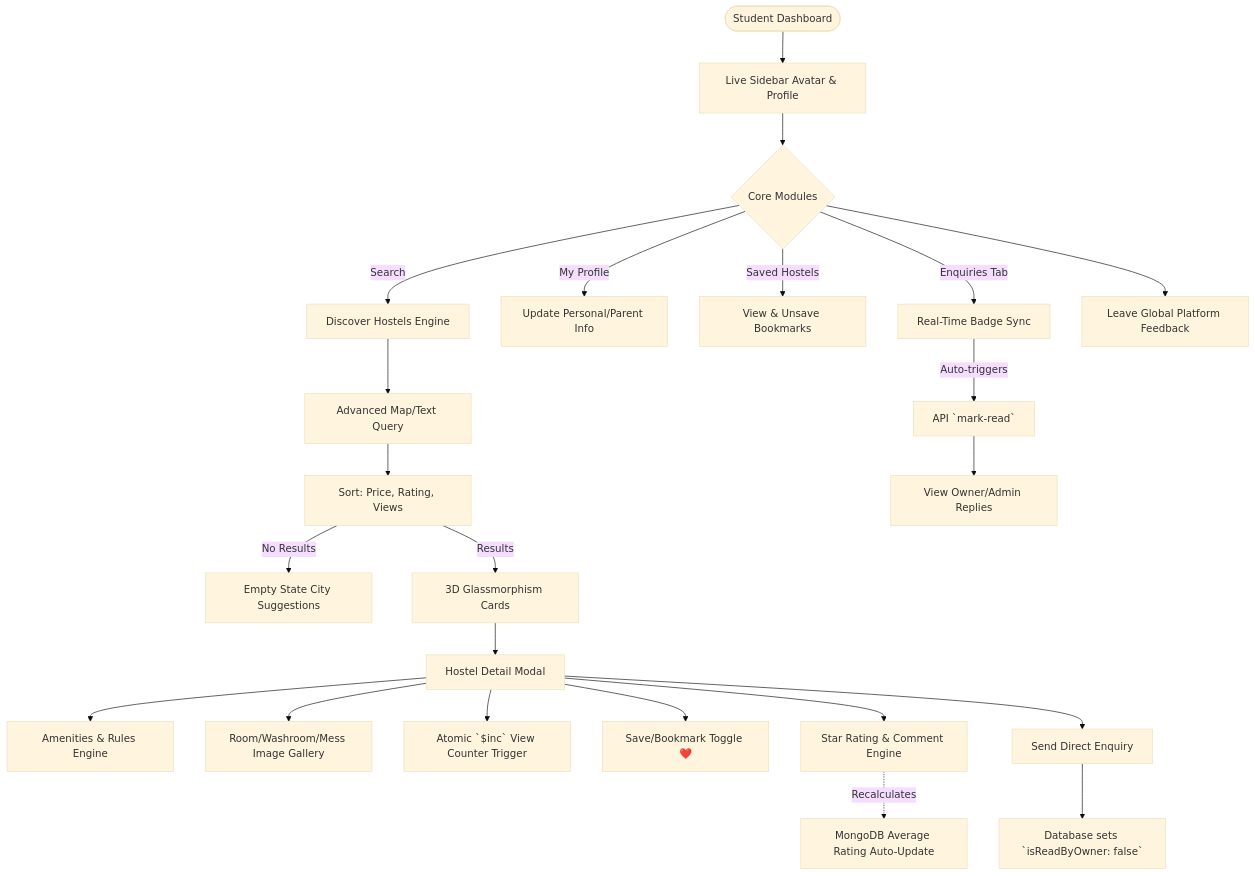
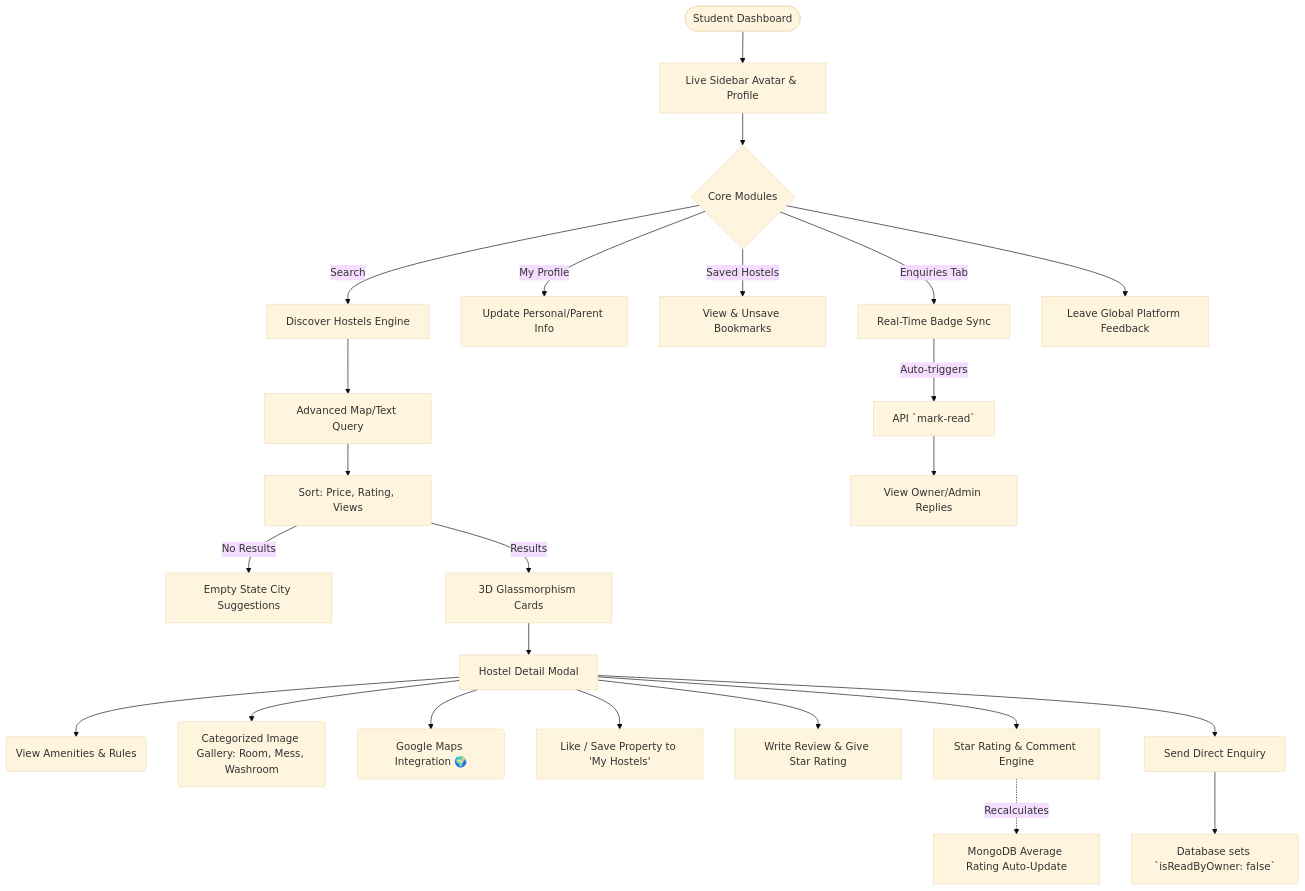
The second of 5 diagrams in ARCHITECTURE_FLOW.md (Raunaksharmaq64/Hostel-Buddy), drawn with Mermaid (base theme) before and after one commit.

Commit message:
docs: update architecture flow diagram with expanded hostel detail features and integrations

````diff
--- a/ARCHITECTURE_FLOW.md
+++ b/ARCHITECTURE_FLOW.md
@@ -43,33 +43,32 @@
 ```mermaid
 flowchart TD
     S([Student Dashboard]) --> A[Live Sidebar Avatar & Profile]
     
     A --> B{Core Modules}
     B -->|Search| C[Discover Hostels Engine]
     C --> D[Advanced Map/Text Query]
     D --> E[Sort: Price, Rating, Views]
     E -->|No Results| F[Empty State City Suggestions]
     E -->|Results| G[3D Glassmorphism Cards]
     
     G --> H[Hostel Detail Modal]
-    H --> I[Amenities & Rules Engine]
-    H --> J[Room/Washroom/Mess Image Gallery]
-    
-    %% Interactions
-    H --> K[Atomic `$inc` View Counter Trigger]
-    H --> L[Save/Bookmark Toggle ❤️]
+    H --> I(View Amenities & Rules)
+    H --> J(Categorized Image Gallery: Room, Mess, Washroom)
+    H --> GM(Google Maps Integration 🌍)
+    H --> K[Like / Save Property to 'My Hostels']
+    H --> L[Write Review & Give Star Rating]
     H --> M[Star Rating & Comment Engine]
     M -.->|Recalculates| N[MongoDB Average Rating Auto-Update]
     
     H --> O[Send Direct Enquiry]
     O --> P[Database sets `isReadByOwner: false`]
     
     B -->|My Profile| Q[Update Personal/Parent Info]
     B -->|Saved Hostels| R[View & Unsave Bookmarks]
     B -->|Enquiries Tab| T[Real-Time Badge Sync]
     
     T -->|Auto-triggers| U[API `mark-read`]
     U --> V[View Owner/Admin Replies]
     
     B --> W[Leave Global Platform Feedback]
 ```
````
